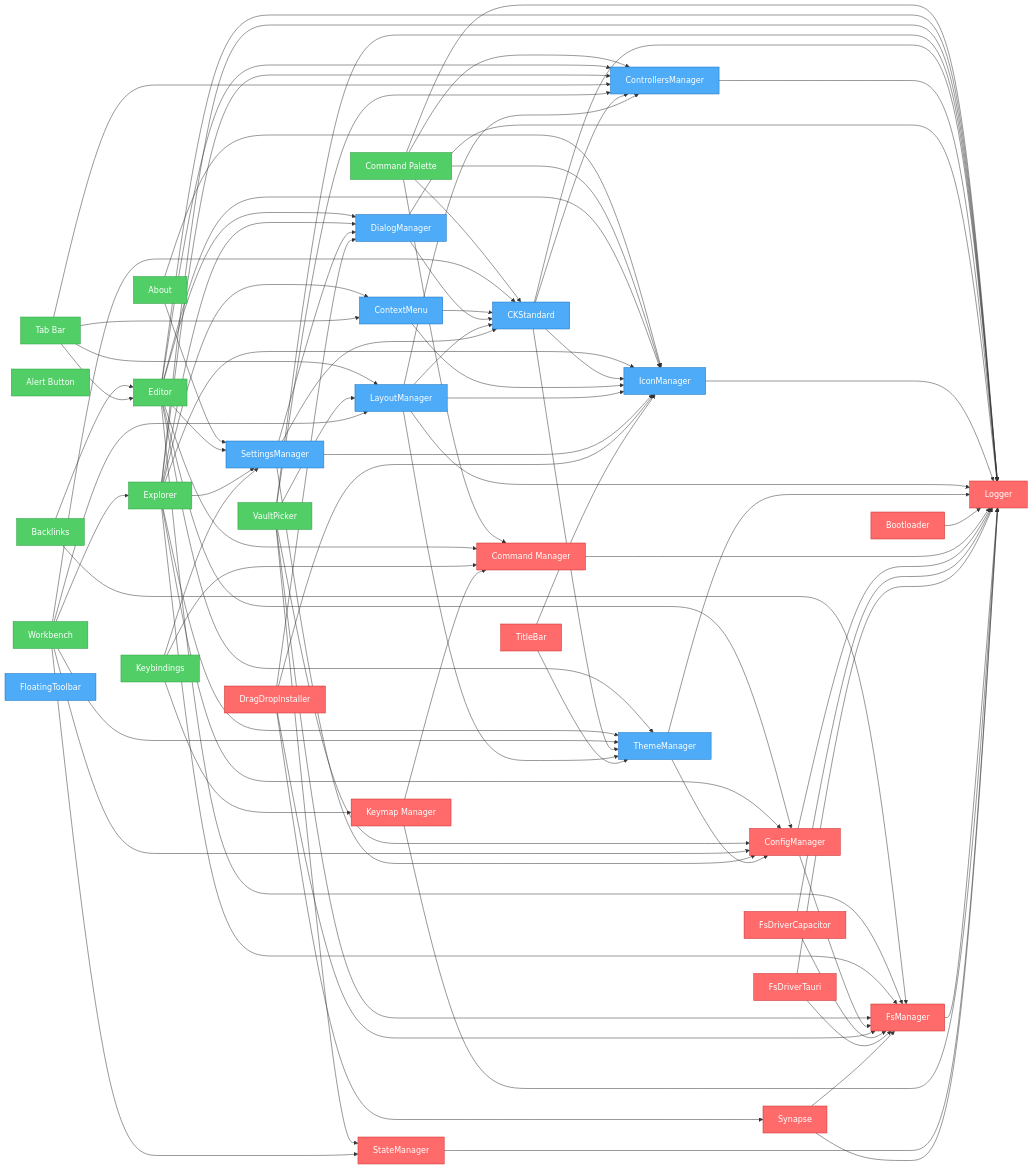
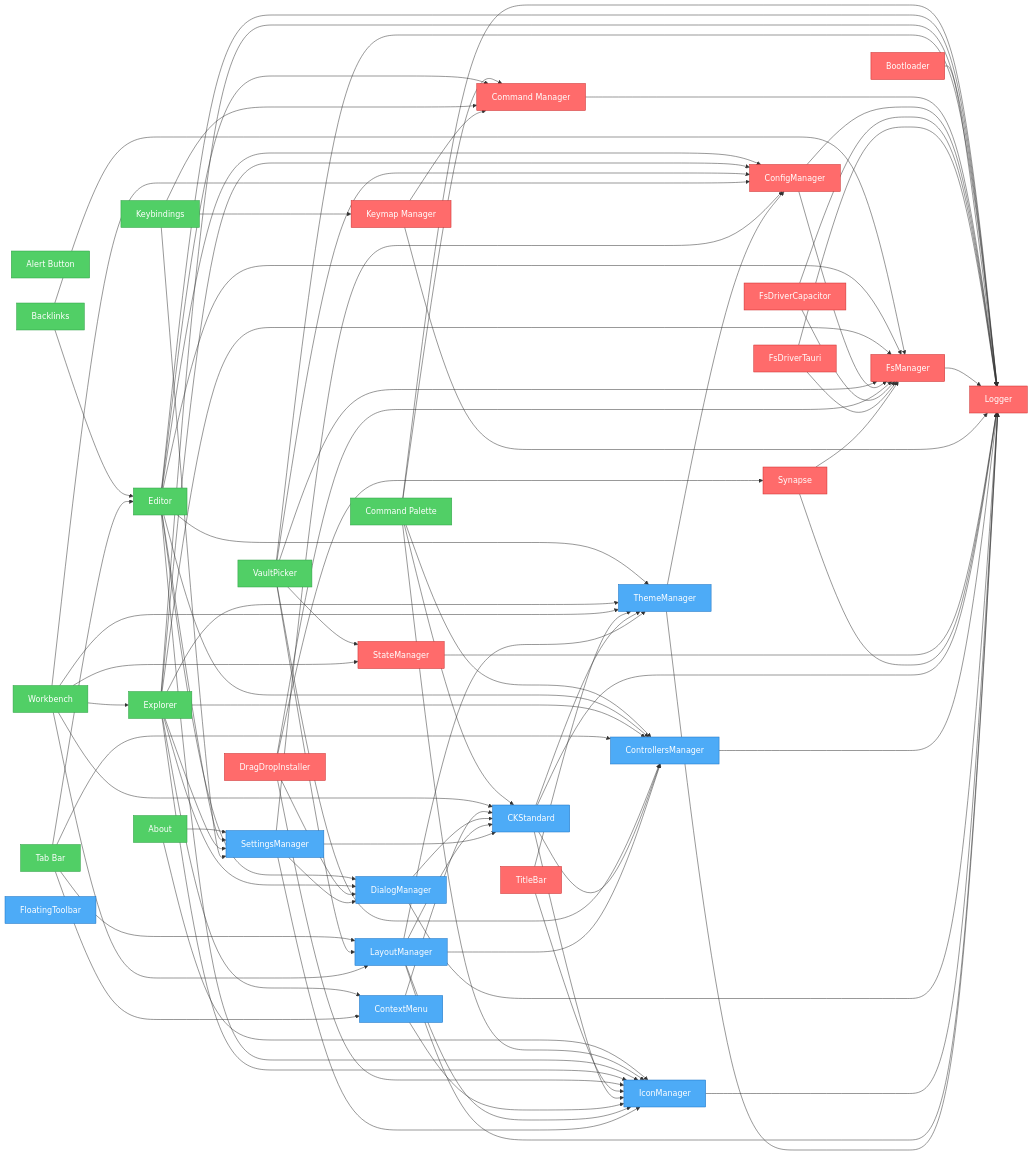
One commit to khton-tech/notehub.md changed the diagram in artifacts/graph.mmd. Above: the diagram before and after it, drawn with Mermaid. The commit also changed 7 other files, not shown here.

Commit message:
feat: Add `alert-button` and `catty` feature plugins, update plugin registration for Capacitor and Desktop, and generate plugin dependency graph artifacts.

```diff
--- a/artifacts/graph.mmd
+++ b/artifacts/graph.mmd
@@ -1,128 +1,128 @@
 flowchart LR
     nh_features_about["About"]
-    nh_features_backlinks["Backlinks"]
     nh_features_alert-button["Alert Button"]
     nh_features_command-palette["Command Palette"]
+    nh_features_backlinks["Backlinks"]
     nh_features_editor["Editor"]
     nh_features_explorer["Explorer"]
     nh_features_keybindings["Keybindings"]
     nh_features_tabbar["Tab Bar"]
     nh_features_vault-picker["VaultPicker"]
     nh_features_workbench["Workbench"]
-    nh_ui_ck-standard["CKStandard"]
-    nh_ui_context-menu["ContextMenu"]
-    nh_ui_controllers-manager["ControllersManager"]
-    nh_ui_dialog-manager["DialogManager"]
-    nh_ui_floating-toolbar["FloatingToolbar"]
-    nh_ui_icon-manager["IconManager"]
-    nh_ui_layout-manager["LayoutManager"]
-    nh_ui_settings-manager["SettingsManager"]
-    nh_ui_theme-manager["ThemeManager"]
     nh_system_bootloader["Bootloader"]
     nh_system_command-manager["Command Manager"]
     nh_system_config-manager["ConfigManager"]
     nh_system_drag-drop["DragDropInstaller"]
     nh_system_fs-driver-capacitor["FsDriverCapacitor"]
     nh_system_fs-driver-tauri["FsDriverTauri"]
     nh_system_fs-manager["FsManager"]
     nh_system_keymap["Keymap Manager"]
     nh_system_logger["Logger"]
     nh_system_state-manager["StateManager"]
     nh_system_synapse["Synapse"]
     nh_system_titlebar["TitleBar"]
+    nh_ui_ck-standard["CKStandard"]
+    nh_ui_context-menu["ContextMenu"]
+    nh_ui_controllers-manager["ControllersManager"]
+    nh_ui_dialog-manager["DialogManager"]
+    nh_ui_floating-toolbar["FloatingToolbar"]
+    nh_ui_icon-manager["IconManager"]
+    nh_ui_layout-manager["LayoutManager"]
+    nh_ui_settings-manager["SettingsManager"]
+    nh_ui_theme-manager["ThemeManager"]
     nh_features_about --> nh_ui_settings-manager
     nh_features_about --> nh_ui_icon-manager
-    nh_features_backlinks --> nh_features_editor
-    nh_features_backlinks --> nh_system_fs-manager
     nh_features_command-palette --> nh_system_command-manager
     nh_features_command-palette --> nh_system_logger
     nh_features_command-palette --> nh_ui_controllers-manager
     nh_features_command-palette --> nh_ui_ck-standard
     nh_features_command-palette --> nh_ui_icon-manager
+    nh_features_backlinks --> nh_features_editor
+    nh_features_backlinks --> nh_system_fs-manager
     nh_features_editor --> nh_system_config-manager
     nh_features_editor --> nh_system_command-manager
     nh_features_editor --> nh_ui_settings-manager
     nh_features_editor --> nh_system_fs-manager
     nh_features_editor --> nh_system_logger
     nh_features_editor --> nh_ui_controllers-manager
     nh_features_editor --> nh_ui_dialog-manager
     nh_features_editor --> nh_ui_icon-manager
     nh_features_editor --> nh_ui_theme-manager
     nh_features_explorer --> nh_system_config-manager
     nh_features_explorer --> nh_ui_settings-manager
     nh_features_explorer --> nh_system_fs-manager
     nh_features_explorer --> nh_system_logger
     nh_features_explorer --> nh_ui_controllers-manager
     nh_features_explorer --> nh_ui_icon-manager
     nh_features_explorer --> nh_ui_theme-manager
     nh_features_explorer --> nh_ui_context-menu
     nh_features_explorer --> nh_ui_dialog-manager
     nh_features_keybindings --> nh_ui_settings-manager
     nh_features_keybindings --> nh_system_command-manager
     nh_features_keybindings --> nh_system_keymap
     nh_features_tabbar --> nh_features_editor
     nh_features_tabbar --> nh_ui_controllers-manager
     nh_features_tabbar --> nh_ui_layout-manager
     nh_features_tabbar --> nh_ui_context-menu
     nh_features_vault-picker --> nh_system_fs-manager
     nh_features_vault-picker --> nh_system_config-manager
     nh_features_vault-picker --> nh_system_state-manager
     nh_features_vault-picker --> nh_system_logger
     nh_features_vault-picker --> nh_ui_controllers-manager
     nh_features_vault-picker --> nh_ui_layout-manager
     nh_features_workbench --> nh_system_config-manager
     nh_features_workbench --> nh_ui_layout-manager
     nh_features_workbench --> nh_ui_theme-manager
     nh_features_workbench --> nh_ui_ck-standard
     nh_features_workbench --> nh_system_state-manager
     nh_features_workbench --> nh_features_explorer
+    nh_system_bootloader --> nh_system_logger
+    nh_system_command-manager --> nh_system_logger
+    nh_system_config-manager --> nh_system_logger
+    nh_system_config-manager --> nh_system_fs-manager
+    nh_system_drag-drop --> nh_ui_icon-manager
+    nh_system_drag-drop --> nh_ui_dialog-manager
+    nh_system_drag-drop --> nh_system_fs-manager
+    nh_system_drag-drop --> nh_system_synapse
+    nh_system_fs-driver-capacitor --> nh_system_logger
+    nh_system_fs-driver-capacitor --> nh_system_fs-manager
+    nh_system_fs-driver-tauri --> nh_system_logger
+    nh_system_fs-driver-tauri --> nh_system_fs-manager
+    nh_system_fs-manager --> nh_system_logger
+    nh_system_keymap --> nh_system_command-manager
+    nh_system_keymap --> nh_system_logger
+    nh_system_state-manager --> nh_system_logger
+    nh_system_synapse --> nh_system_fs-manager
+    nh_system_synapse --> nh_system_logger
+    nh_system_titlebar --> nh_ui_icon-manager
+    nh_system_titlebar --> nh_ui_theme-manager
     nh_ui_ck-standard --> nh_system_logger
     nh_ui_ck-standard --> nh_ui_controllers-manager
     nh_ui_ck-standard --> nh_ui_icon-manager
     nh_ui_ck-standard --> nh_ui_theme-manager
     nh_ui_context-menu --> nh_ui_icon-manager
     nh_ui_context-menu --> nh_ui_ck-standard
     nh_ui_controllers-manager --> nh_system_logger
     nh_ui_dialog-manager --> nh_system_logger
     nh_ui_dialog-manager --> nh_ui_ck-standard
     nh_ui_icon-manager --> nh_system_logger
     nh_ui_layout-manager --> nh_system_logger
     nh_ui_layout-manager --> nh_ui_theme-manager
     nh_ui_layout-manager --> nh_ui_icon-manager
     nh_ui_layout-manager --> nh_ui_controllers-manager
     nh_ui_layout-manager --> nh_ui_ck-standard
     nh_ui_settings-manager --> nh_system_config-manager
     nh_ui_settings-manager --> nh_ui_ck-standard
     nh_ui_settings-manager --> nh_ui_icon-manager
     nh_ui_settings-manager --> nh_ui_dialog-manager
     nh_ui_theme-manager --> nh_system_logger
     nh_ui_theme-manager --> nh_system_config-manager
-    nh_system_bootloader --> nh_system_logger
-    nh_system_command-manager --> nh_system_logger
-    nh_system_config-manager --> nh_system_logger
-    nh_system_config-manager --> nh_system_fs-manager
-    nh_system_drag-drop --> nh_ui_icon-manager
-    nh_system_drag-drop --> nh_ui_dialog-manager
-    nh_system_drag-drop --> nh_system_fs-manager
-    nh_system_drag-drop --> nh_system_synapse
-    nh_system_fs-driver-capacitor --> nh_system_logger
-    nh_system_fs-driver-capacitor --> nh_system_fs-manager
-    nh_system_fs-driver-tauri --> nh_system_logger
-    nh_system_fs-driver-tauri --> nh_system_fs-manager
-    nh_system_fs-manager --> nh_system_logger
-    nh_system_keymap --> nh_system_command-manager
-    nh_system_keymap --> nh_system_logger
-    nh_system_state-manager --> nh_system_logger
-    nh_system_synapse --> nh_system_fs-manager
-    nh_system_synapse --> nh_system_logger
-    nh_system_titlebar --> nh_ui_icon-manager
-    nh_system_titlebar --> nh_ui_theme-manager
 
     %% Styles
     classDef system fill:#ff6b6b,stroke:#c92a2a,color:#fff
     classDef ui fill:#4dabf7,stroke:#1971c2,color:#fff
     classDef feature fill:#51cf66,stroke:#2f9e44,color:#fff
-    class nh_features_about,nh_features_backlinks,nh_features_alert-button,nh_features_keybindings,nh_features_vault-picker feature
+    class nh_features_about,nh_features_alert-button,nh_features_backlinks,nh_features_keybindings,nh_features_vault-picker feature
     class nh_features_command-palette,nh_features_editor,nh_features_explorer,nh_features_tabbar,nh_features_workbench feature
+    class nh_system_bootloader,nh_system_command-manager,nh_system_config-manager,nh_system_drag-drop,nh_system_fs-driver-capacitor,nh_system_fs-driver-tauri,nh_system_fs-manager,nh_system_keymap,nh_system_logger,nh_system_state-manager,nh_system_synapse,nh_system_titlebar system
     class nh_ui_ck-standard,nh_ui_context-menu,nh_ui_controllers-manager,nh_ui_dialog-manager,nh_ui_floating-toolbar,nh_ui_icon-manager,nh_ui_layout-manager,nh_ui_settings-manager,nh_ui_theme-manager ui
-    class nh_system_bootloader,nh_system_command-manager,nh_system_config-manager,nh_system_drag-drop,nh_system_fs-driver-capacitor,nh_system_fs-driver-tauri,nh_system_fs-manager,nh_system_keymap,nh_system_logger,nh_system_state-manager,nh_system_synapse,nh_system_titlebar system
```
